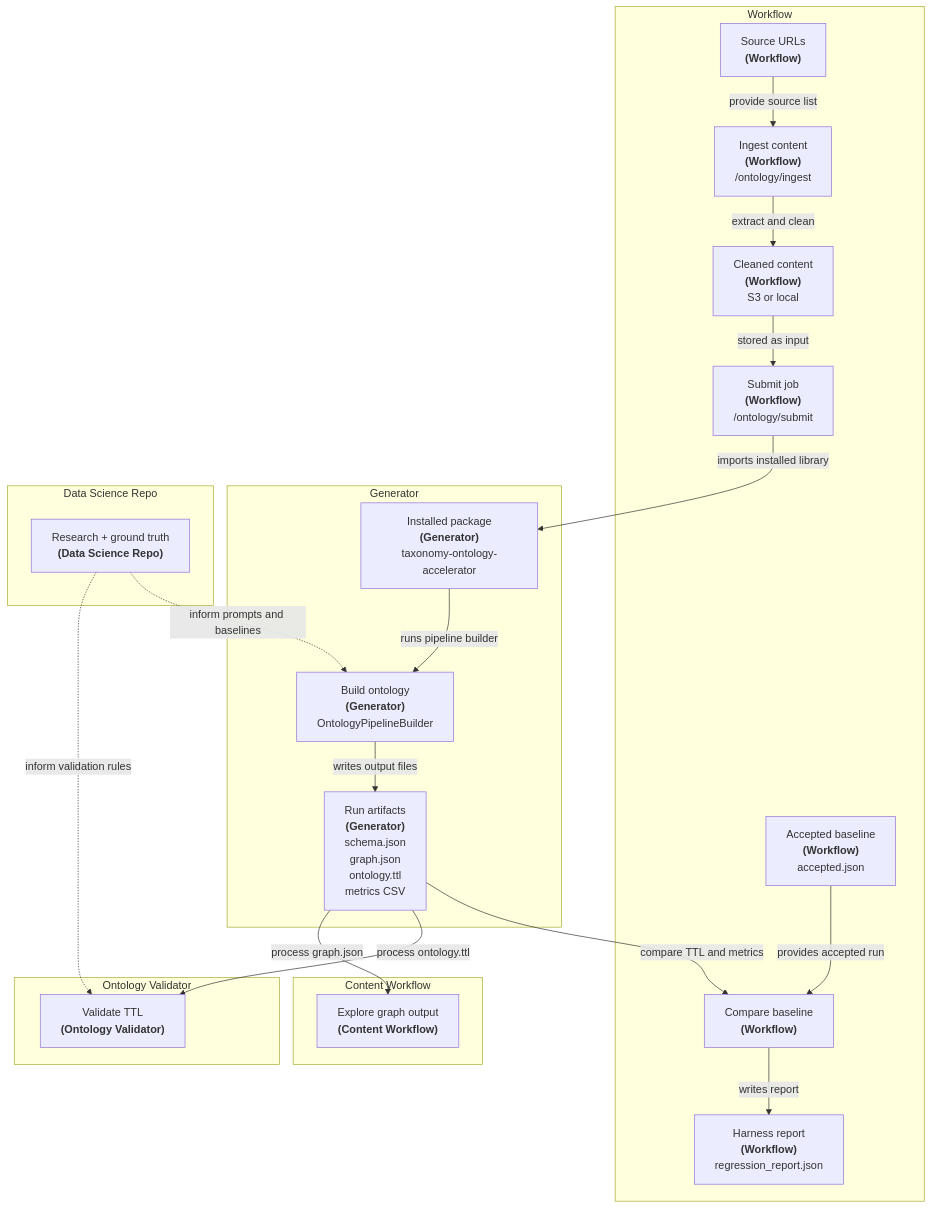
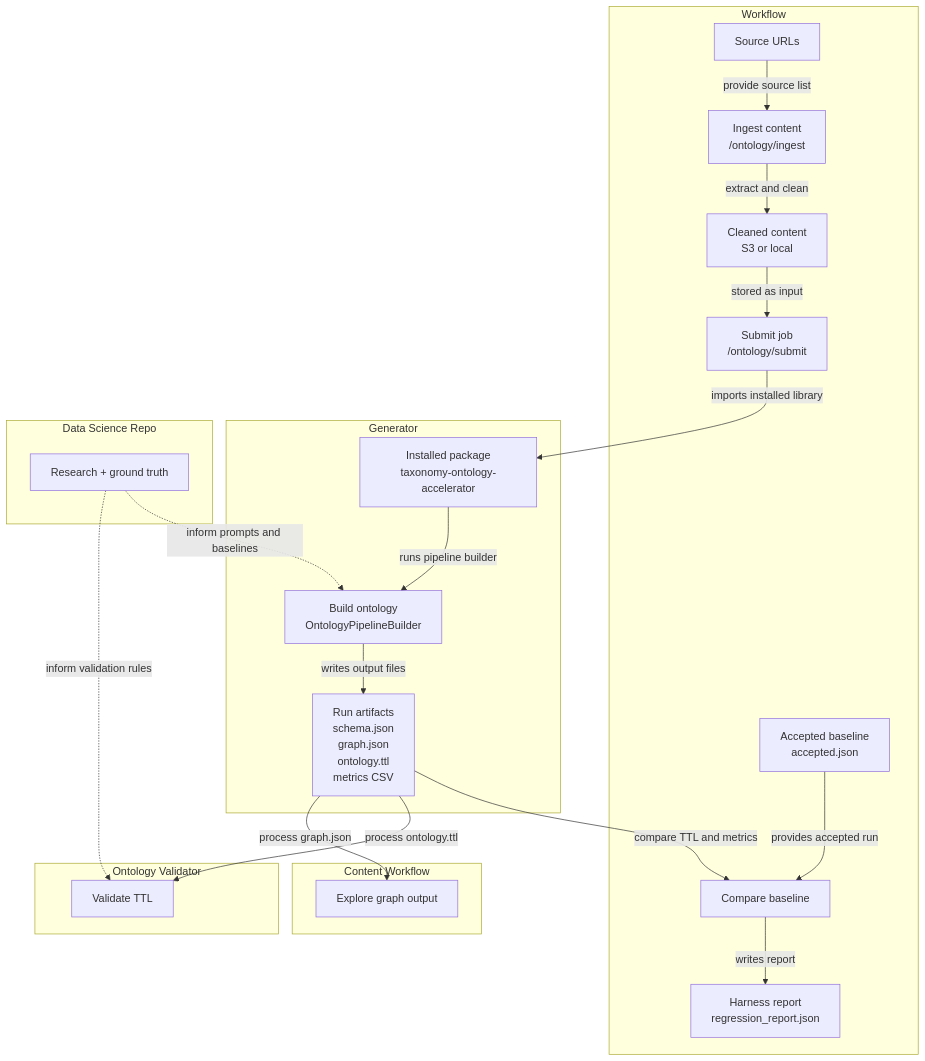
One commit to alphagov/govuk-ai-accelerator changed the diagram in docs/architecture/cross-repo-integration.md. Above: the diagram before and after it, drawn with Mermaid.

Commit message:
Simplify grouped lifecycle diagram labels

````diff
--- a/docs/architecture/cross-repo-integration.md
+++ b/docs/architecture/cross-repo-integration.md
@@ -21,44 +21,44 @@
 ```mermaid
 flowchart TD
     subgraph workflowRepo["Workflow"]
-        urls["Source URLs<br/><b>(Workflow)</b>"]
-        ingest["Ingest content<br/><b>(Workflow)</b><br/>/ontology/ingest"]
-        cleaned["Cleaned content<br/><b>(Workflow)</b><br/>S3 or local"]
-        submit["Submit job<br/><b>(Workflow)</b><br/>/ontology/submit"]
-        baseline["Accepted baseline<br/><b>(Workflow)</b><br/>accepted.json"]
-        harness["Compare baseline<br/><b>(Workflow)</b>"]
-        report["Harness report<br/><b>(Workflow)</b><br/>regression_report.json"]
+        urls["Source URLs"]
+        ingest["Ingest content<br/>/ontology/ingest"]
+        cleaned["Cleaned content<br/>S3 or local"]
+        submit["Submit job<br/>/ontology/submit"]
+        baseline["Accepted baseline<br/>accepted.json"]
+        harness["Compare baseline"]
+        report["Harness report<br/>regression_report.json"]
     end
 
     subgraph generatorRepo["Generator"]
-        generatorPackage["Installed package<br/><b>(Generator)</b><br/>taxonomy-ontology-accelerator"]
-        generator["Build ontology<br/><b>(Generator)</b><br/>OntologyPipelineBuilder"]
-        artifacts["Run artifacts<br/><b>(Generator)</b><br/>schema.json<br/>graph.json<br/>ontology.ttl<br/>metrics CSV"]
+        generatorPackage["Installed package<br/>taxonomy-ontology-accelerator"]
+        generator["Build ontology<br/>OntologyPipelineBuilder"]
+        artifacts["Run artifacts<br/>schema.json<br/>graph.json<br/>ontology.ttl<br/>metrics CSV"]
     end
 
     subgraph dataScienceRepo["Data Science Repo"]
-        dataScience["Research + ground truth<br/><b>(Data Science Repo)</b>"]
+        dataScience["Research + ground truth"]
     end
 
     subgraph validatorRepo["Ontology Validator"]
-        validator["Validate TTL<br/><b>(Ontology Validator)</b>"]
+        validator["Validate TTL"]
     end
 
     subgraph contentRepo["Content Workflow"]
-        contentWorkflow["Explore graph output<br/><b>(Content Workflow)</b>"]
+        contentWorkflow["Explore graph output"]
     end
 
     urls -->|"provide source list"| ingest
     ingest -->|"extract and clean"| cleaned
     cleaned -->|"stored as input"| submit
     submit -->|"imports installed library"| generatorPackage
     generatorPackage -->|"runs pipeline builder"| generator
     generator -->|"writes output files"| artifacts
     artifacts -->|"compare TTL and metrics"| harness
     baseline -->|"provides accepted run"| harness
     harness -->|"writes report"| report
     artifacts -->|"process ontology.ttl"| validator
     artifacts -->|"process graph.json"| contentWorkflow
     dataScience -.->|"inform prompts and baselines"| generator
     dataScience -.->|"inform validation rules"| validator
 ```
````
